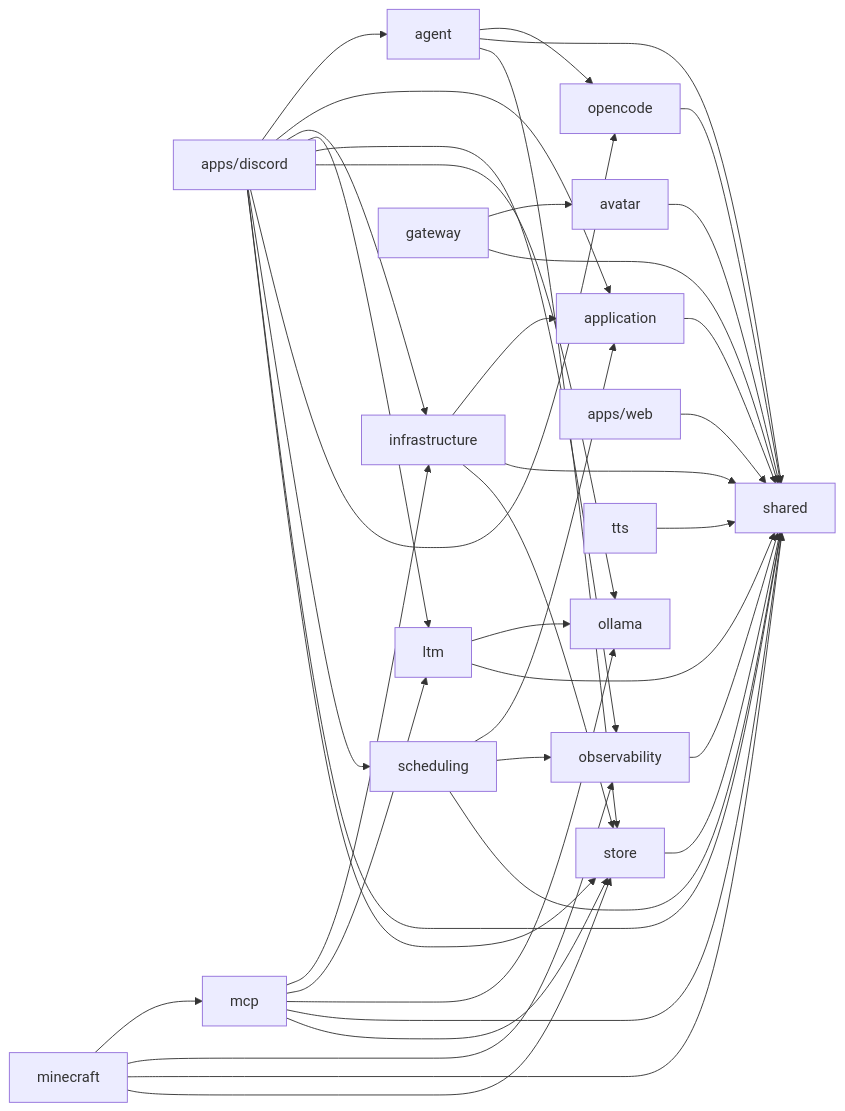
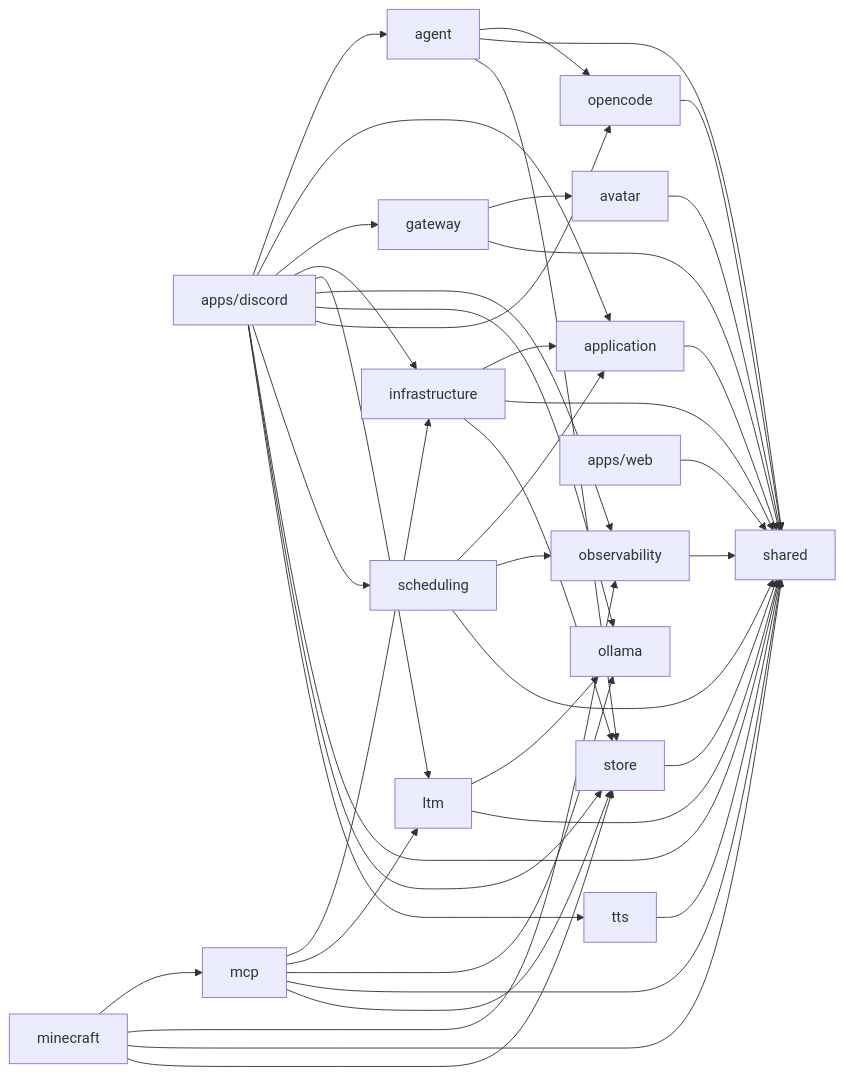
The diagram in docs/DEPS.md (OJII3/vicissitude), drawn with Mermaid before and after one commit. The commit also changed other lines of this file and 5 other files, not shown here.

First line of the commit message:
feat: Gateway サーバー起動 + AivisSpeech TTS 統合

````diff
--- a/docs/DEPS.md
+++ b/docs/DEPS.md
@@ -7,44 +7,46 @@
 ```mermaid
 graph LR
   agent --> opencode
   agent --> shared
   agent --> store
   application --> shared
   apps_discord["apps/discord"] --> agent
   apps_discord["apps/discord"] --> application
+  apps_discord["apps/discord"] --> gateway
   apps_discord["apps/discord"] --> infrastructure
   apps_discord["apps/discord"] --> ltm
   apps_discord["apps/discord"] --> observability
   apps_discord["apps/discord"] --> ollama
   apps_discord["apps/discord"] --> opencode
   apps_discord["apps/discord"] --> scheduling
   apps_discord["apps/discord"] --> shared
   apps_discord["apps/discord"] --> store
+  apps_discord["apps/discord"] --> tts
   apps_web["apps/web"] --> shared
   avatar --> shared
   gateway --> avatar
   gateway --> shared
   infrastructure --> application
   infrastructure --> shared
   infrastructure --> store
   ltm --> ollama
   ltm --> shared
   mcp --> infrastructure
   mcp --> ltm
   mcp --> ollama
   mcp --> shared
   mcp --> store
   minecraft --> mcp
   minecraft --> observability
   minecraft --> shared
   minecraft --> store
   observability --> shared
   ollama
   opencode --> shared
   scheduling --> application
   scheduling --> observability
   scheduling --> shared
   shared
   store --> shared
   tts --> shared
 ```
````
